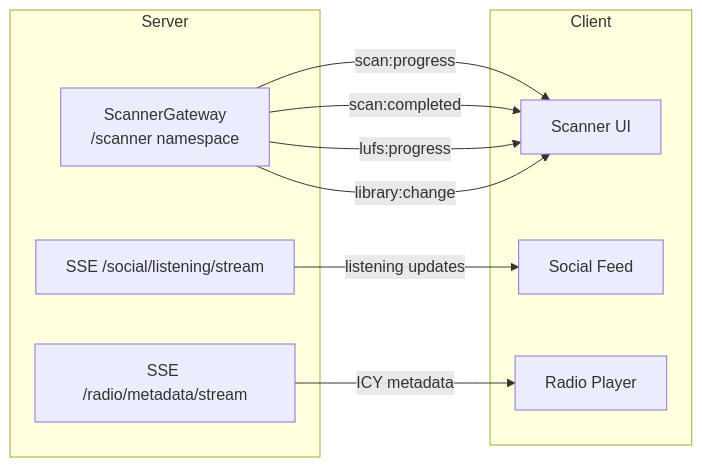
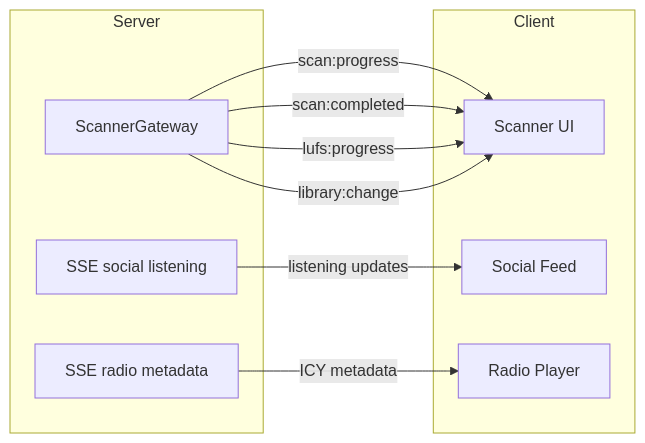
The sixth of 8 diagrams in docs/architecture.md (Alexzafra13/echo), drawn with Mermaid before and after one commit. The commit also changed other lines of this file, not shown here.

First line of the commit message:
fix(docs): fix Mermaid syntax for GitHub rendering

````diff
--- a/docs/architecture.md
+++ b/docs/architecture.md
@@ -184,21 +184,21 @@
 ```mermaid
 graph LR
-    subgraph Server
-        SG[ScannerGateway<br>/scanner namespace]
-        SSE1[SSE /social/listening/stream]
-        SSE2[SSE /radio/metadata/stream]
+    subgraph S["Server"]
+        SG["ScannerGateway"]
+        SSE1["SSE social listening"]
+        SSE2["SSE radio metadata"]
     end
 
-    subgraph Client
-        SC[Scanner UI]
-        SP[Social Feed]
-        RP[Radio Player]
+    subgraph CL["Client"]
+        SC["Scanner UI"]
+        SP["Social Feed"]
+        RP["Radio Player"]
     end
 
-    SG -->|scan:progress| SC
-    SG -->|scan:completed| SC
-    SG -->|lufs:progress| SC
-    SG -->|library:change| SC
+    SG -->|"scan:progress"| SC
+    SG -->|"scan:completed"| SC
+    SG -->|"lufs:progress"| SC
+    SG -->|"library:change"| SC
     SSE1 -->|listening updates| SP
     SSE2 -->|ICY metadata| RP
 ```
````
